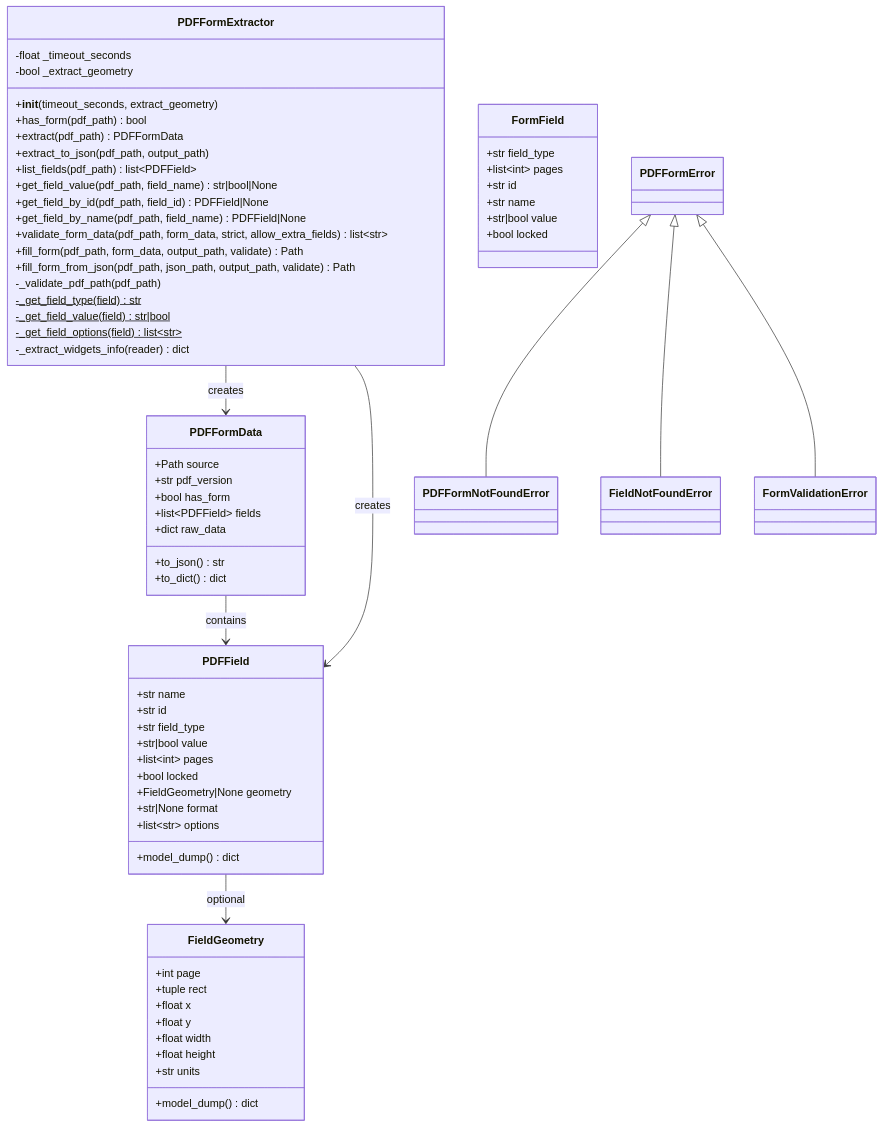
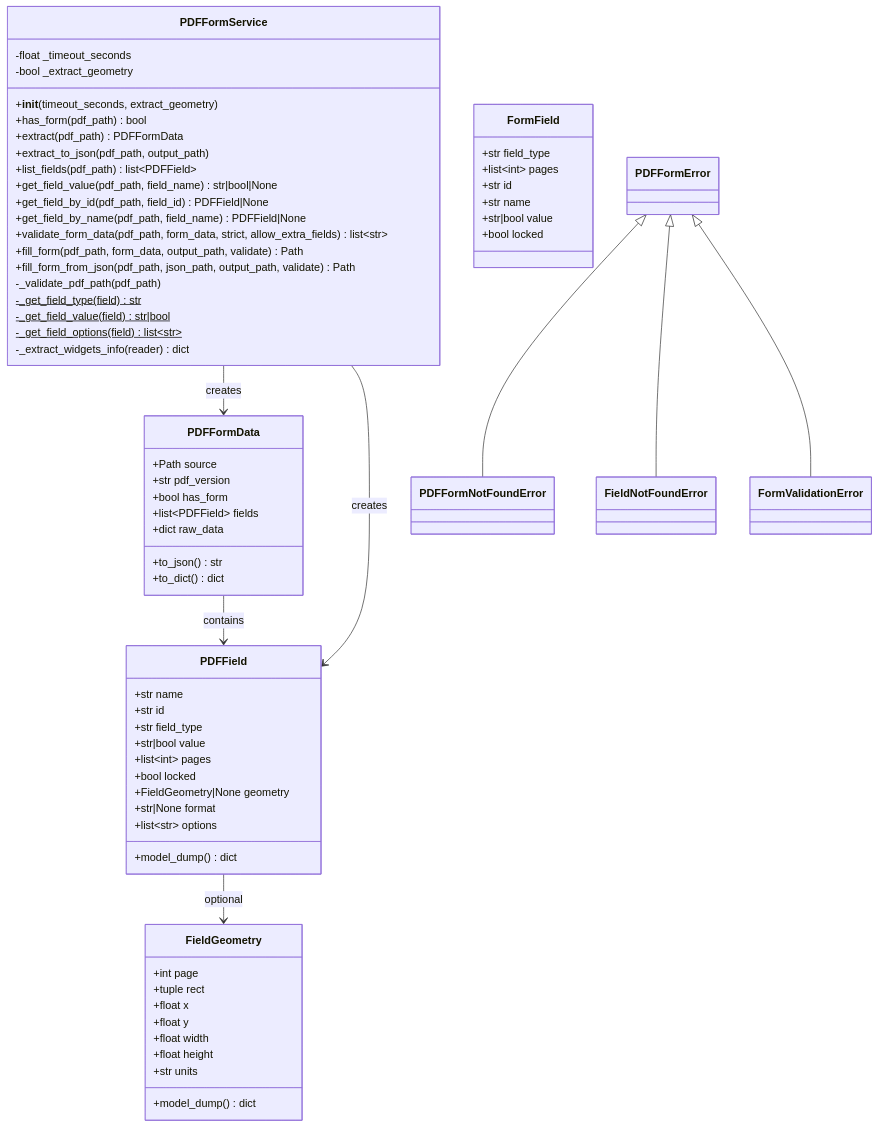
One commit to zopyx/privacyforms.pdf changed the diagram in docs/diagrams/class-diagram.mmd. Above: the diagram before and after it, drawn with Mermaid. The commit also changed 24 other files, not shown here.

First line of the commit message:
refactor!: rename PDFFormExtractor to PDFFormService and add atomic writes

```diff
--- a/docs/diagrams/class-diagram.mmd
+++ b/docs/diagrams/class-diagram.mmd
@@ -1,77 +1,77 @@
 classDiagram
-    class PDFFormExtractor {
+    class PDFFormService {
         -float _timeout_seconds
         -bool _extract_geometry
         +__init__(timeout_seconds, extract_geometry)
         +has_form(pdf_path) bool
         +extract(pdf_path) PDFFormData
         +extract_to_json(pdf_path, output_path)
         +list_fields(pdf_path) list~PDFField~
         +get_field_value(pdf_path, field_name) str|bool|None
         +get_field_by_id(pdf_path, field_id) PDFField|None
         +get_field_by_name(pdf_path, field_name) PDFField|None
         +validate_form_data(pdf_path, form_data, strict, allow_extra_fields) list~str~
         +fill_form(pdf_path, form_data, output_path, validate) Path
         +fill_form_from_json(pdf_path, json_path, output_path, validate) Path
         -_validate_pdf_path(pdf_path)
         -_get_field_type(field) str$
         -_get_field_value(field) str|bool$
         -_get_field_options(field) list~str~$
         -_extract_widgets_info(reader) dict
     }
 
     class PDFFormData {
         +Path source
         +str pdf_version
         +bool has_form
         +list~PDFField~ fields
         +dict raw_data
         +to_json() str
         +to_dict() dict
     }
 
     class PDFField {
         +str name
         +str id
         +str field_type
         +str|bool value
         +list~int~ pages
         +bool locked
         +FieldGeometry|None geometry
         +str|None format
         +list~str~ options
         +model_dump() dict
     }
 
     class FieldGeometry {
         +int page
         +tuple rect
         +float x
         +float y
         +float width
         +float height
         +str units
         +model_dump() dict
     }
 
     class FormField {
         +str field_type
         +list~int~ pages
         +str id
         +str name
         +str|bool value
         +bool locked
     }
 
     class PDFFormError
     class PDFFormNotFoundError
     class FieldNotFoundError
     class FormValidationError
 
-    PDFFormExtractor --> PDFFormData : creates
-    PDFFormExtractor --> PDFField : creates
+    PDFFormService --> PDFFormData : creates
+    PDFFormService --> PDFField : creates
     PDFFormData --> PDFField : contains
     PDFField --> FieldGeometry : optional
     PDFFormError <|-- PDFFormNotFoundError
     PDFFormError <|-- FieldNotFoundError
     PDFFormError <|-- FormValidationError
```
